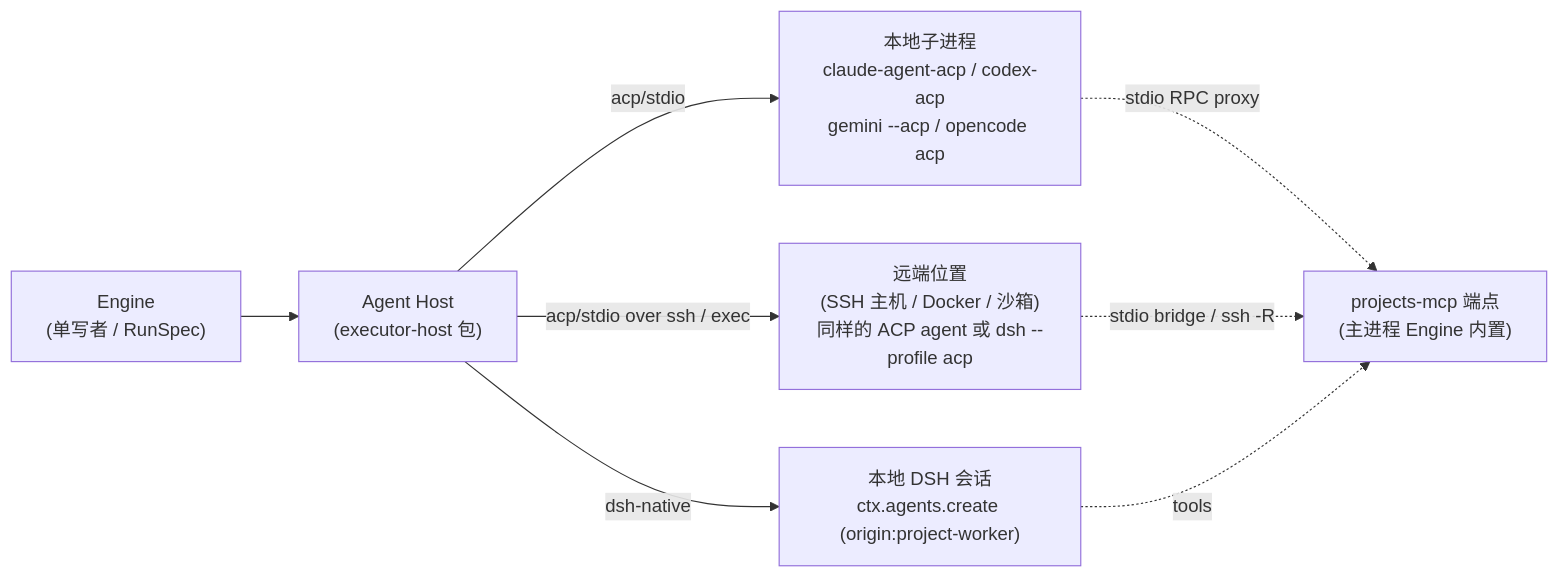
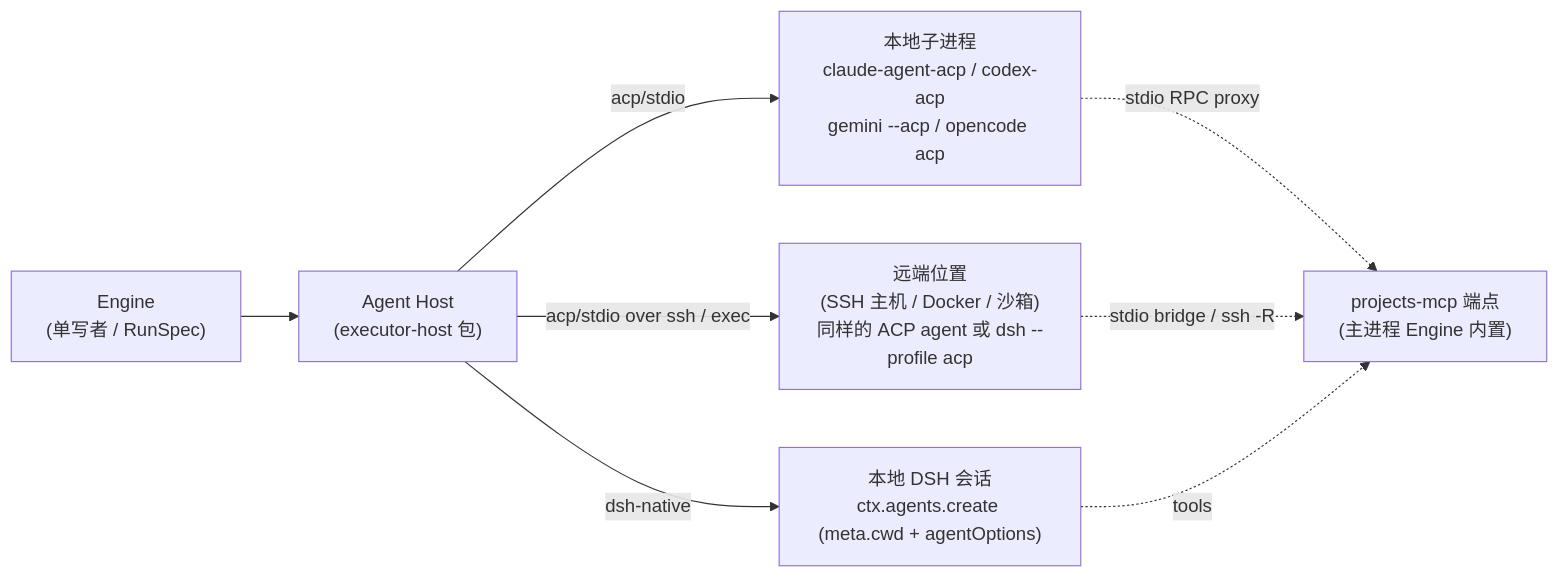
Before and after one commit to chesley-veko/dsh-projects: the diagram in docs/architecture/execution.md, drawn with Mermaid. The commit also changed other lines of this file and 6 other files, not shown here.

````diff
--- a/docs/architecture/execution.md
+++ b/docs/architecture/execution.md
@@ -13,10 +13,10 @@
 ```mermaid
 flowchart LR
   Engine["Engine\n(单写者 / RunSpec)"] --> Host["Agent Host\n(executor-host 包)"]
-  Host -- dsh-native --> DSH["本地 DSH 会话\nctx.agents.create (origin:project-worker)"]
+  Host -- dsh-native --> DSH["本地 DSH 会话\nctx.agents.create (meta.cwd + agentOptions)"]
   Host -- acp/stdio --> L["本地子进程\nclaude-agent-acp / codex-acp\ngemini --acp / opencode acp"]
   Host -- acp/stdio over ssh / exec --> R["远端位置\n(SSH 主机 / Docker / 沙箱)\n同样的 ACP agent 或 dsh --profile acp"]
   L -. stdio RPC proxy .-> PM["projects-mcp 端点\n(主进程 Engine 内置)"]
   R -. stdio bridge / ssh -R .-> PM
   DSH -. tools .-> PM
 ```
````
